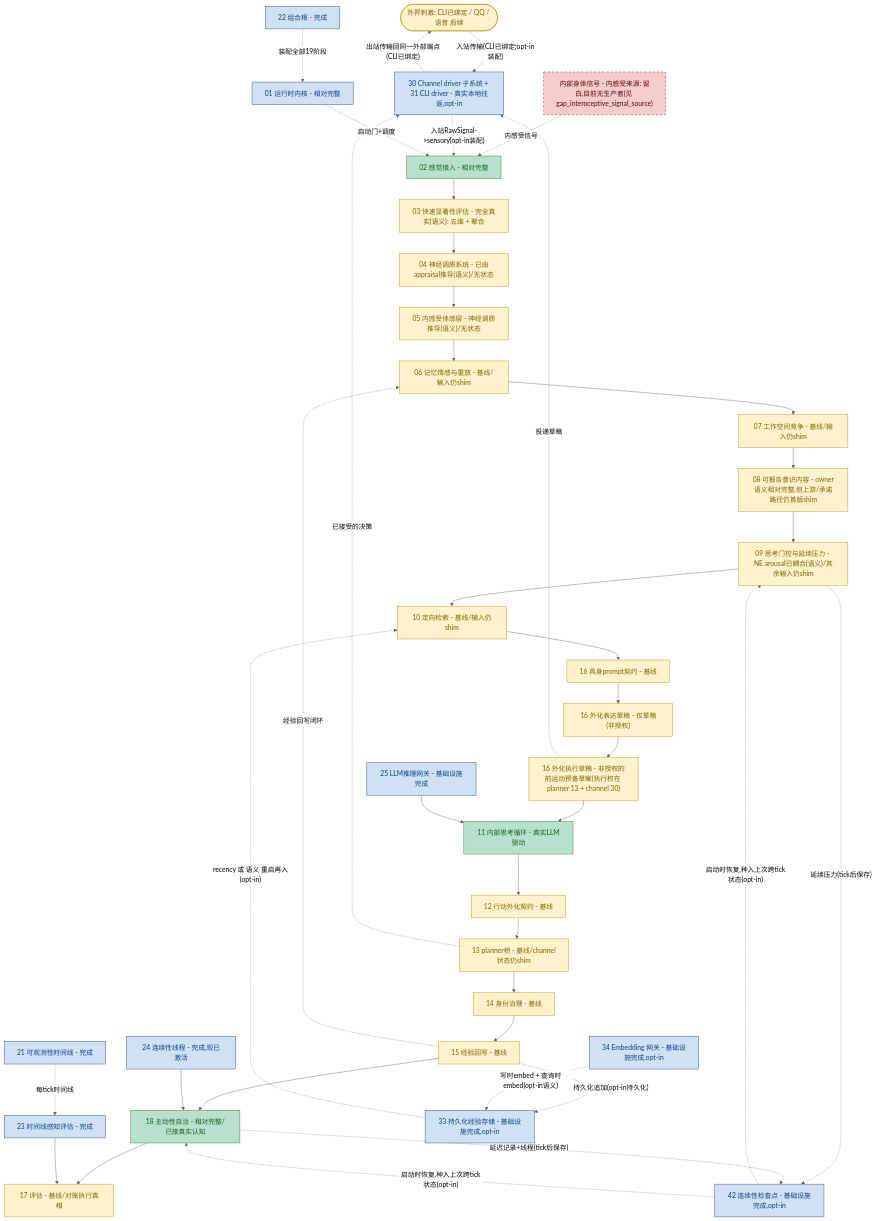
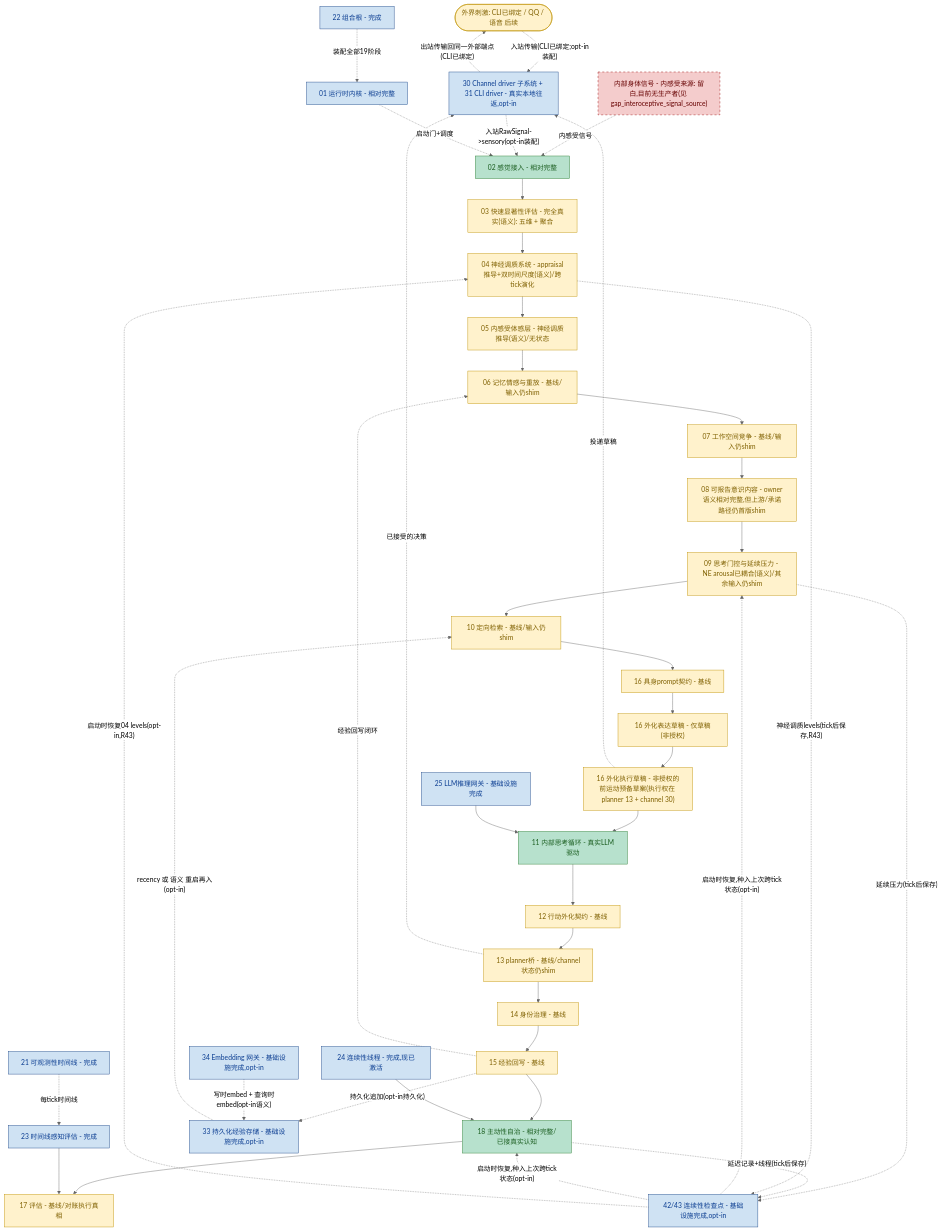
The diagram in helios_v2/docs/PROGRESS_FLOW.zh-CN.md (embalmer-Y/helios), drawn with Mermaid (neutral theme) before and after one commit. The commit also changed other lines of this file and 22 other files, not shown here.

````diff
--- a/helios_v2/docs/PROGRESS_FLOW.zh-CN.md
+++ b/helios_v2/docs/PROGRESS_FLOW.zh-CN.md
@@ -35,65 +35,67 @@
 ```mermaid
 flowchart TD
     classDef deep fill:#b7e1cd,stroke:#2e7d32,color:#1b5e20
     classDef base fill:#fff2cc,stroke:#bf9000,color:#7f6000
     classDef infra fill:#cfe2f3,stroke:#1c4587,color:#0b3d91
     classDef gap fill:#f4cccc,stroke:#990000,color:#660000,stroke-dasharray: 5 5
 
     EXT([外界刺激: CLI已绑定 / QQ / 语音 后续]):::base
     BODY["内部身体信号 - 内感受来源: 留白,目前无生产者(见 gap_interoceptive_signal_source)"]:::gap
     S02[02 感觉接入 - 相对完整]:::deep
     S03["03 快速显著性评估 - 完全真实(语义): 五维 + 聚合"]:::base
-    S04["04 神经调质系统 - 已由appraisal推导(语义)/无状态"]:::base
+    S04["04 神经调质系统 - appraisal推导+双时间尺度(语义)/跨tick演化"]:::base
     S05["05 内感受体感层 - 神经调质推导(语义)/无状态"]:::base
     S06[06 记忆情感与重放 - 基线/输入仍shim]:::base
     S07[07 工作空间竞争 - 基线/输入仍shim]:::base
     S08["08 可报告意识内容 - owner语义相对完整,但上游/承诺路径仍首版shim"]:::base
     S09["09 思考门控与延续压力 - NE arousal已耦合(语义)/其余输入仍shim"]:::base
     S10[10 定向检索 - 基线/输入仍shim]:::base
     S16P[16 具身prompt契约 - 基线]:::base
     S16O["16 外化表达草稿 - 仅草稿(非授权)"]:::base
     S16E["16 外化执行草稿 - 非授权的前运动预备草案(执行权在 planner 13 + channel 30)"]:::base
     S11[11 内部思考循环 - 真实LLM驱动]:::deep
     S12[12 行动外化契约 - 基线]:::base
     S13[13 planner桥 - 基线/channel状态仍shim]:::base
     S14[14 身份治理 - 基线]:::base
     S15[15 经验回写 - 基线]:::base
     S18[18 主动性自治 - 相对完整/已接真实认知]:::deep
     S17[17 评估 - 基线/对账执行真相]:::base
     CH["30 Channel driver 子系统 + 31 CLI driver - 真实本地往返,opt-in"]:::infra
 
     S02 --> S03 --> S04 --> S05 --> S06 --> S07 --> S08 --> S09 --> S10
     S10 --> S16P --> S16O --> S16E --> S11
     S11 --> S12 --> S13 --> S14 --> S15 --> S18 --> S17
     EXT -. 入站传输(CLI已绑定;opt-in装配) .-> CH
     BODY -. 内感受信号 .-> S02
     S13 -. 已接受的决策 .-> CH
     S16E -. 投递草稿 .-> CH
     CH -. 入站RawSignal->sensory(opt-in装配) .-> S02
     CH -. 出站传输回同一外部端点(CLI已绑定) .-> EXT
     S15 -. 经验回写闭环 .-> S06
 
     LLM[25 LLM推理网关 - 基础设施完成]:::infra
     LLM --> S11
 
     K01[01 运行时内核 - 相对完整]:::infra
     OBS[21 可观测性时间线 - 完成]:::infra
     COMP[22 组合根 - 完成]:::infra
     EV23[23 时间线感知评估 - 完成]:::infra
     TH24[24 连续性线程 - 完成,现已激活]:::infra
     PER[33 持久化经验存储 - 基础设施完成,opt-in]:::infra
     EMB[34 Embedding 网关 - 基础设施完成,opt-in]:::infra
-    CKPT[42 连续性检查点 - 基础设施完成,opt-in]:::infra
+    CKPT[42/43 连续性检查点 - 基础设施完成,opt-in]:::infra
     K01 -. 启动门+调度 .-> S02
     OBS -. 每tick时间线 .-> EV23
     EV23 --> S17
     TH24 --> S18
     COMP -. 装配全部19阶段 .-> K01
     S15 -. 持久化追加(opt-in持久化) .-> PER
     PER -. recency 或 语义 重启再入(opt-in) .-> S10
     EMB -. 写时embed + 查询时embed(opt-in语义) .-> PER
     S09 -. 延续压力(tick后保存) .-> CKPT
     S18 -. 延迟记录+线程(tick后保存) .-> CKPT
+    S04 -. 神经调质levels(tick后保存,R43) .-> CKPT
     CKPT -. 启动时恢复,种入上次跨tick状态(opt-in) .-> S09
     CKPT -. 启动时恢复,种入上次跨tick状态(opt-in) .-> S18
+    CKPT -. 启动时恢复04 levels(opt-in,R43) .-> S04
 ```
````
